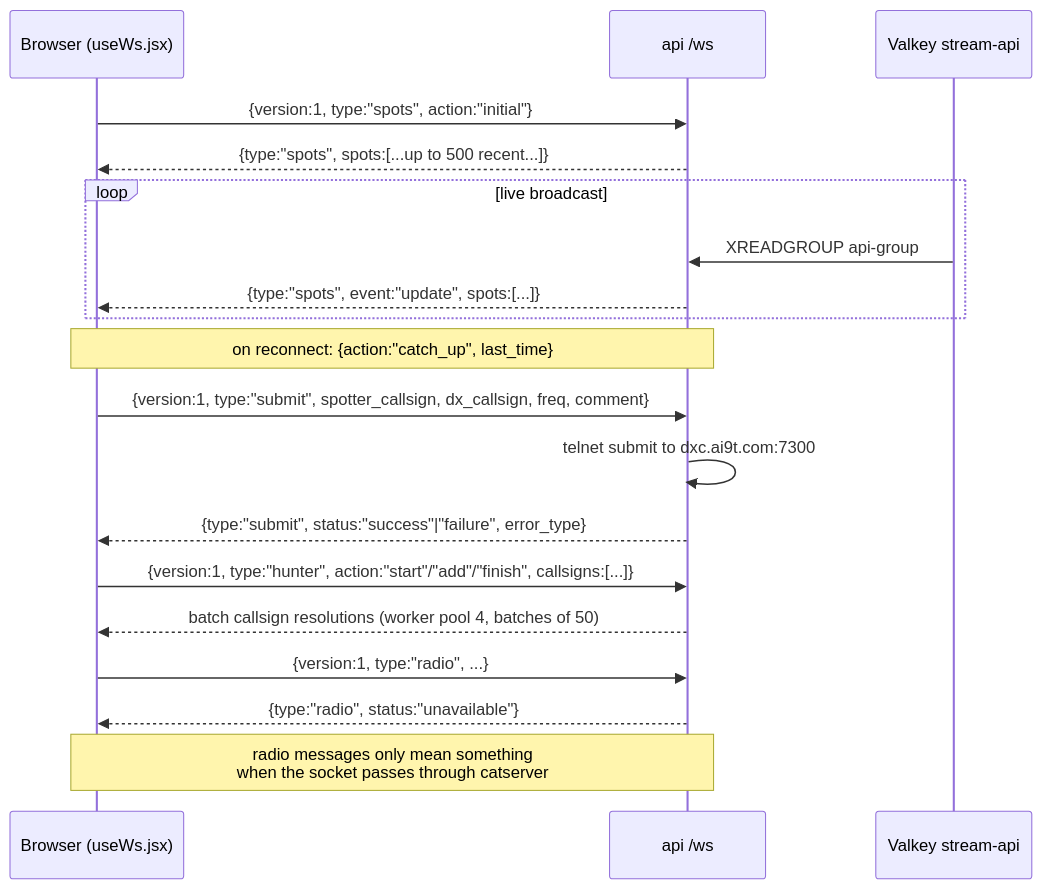
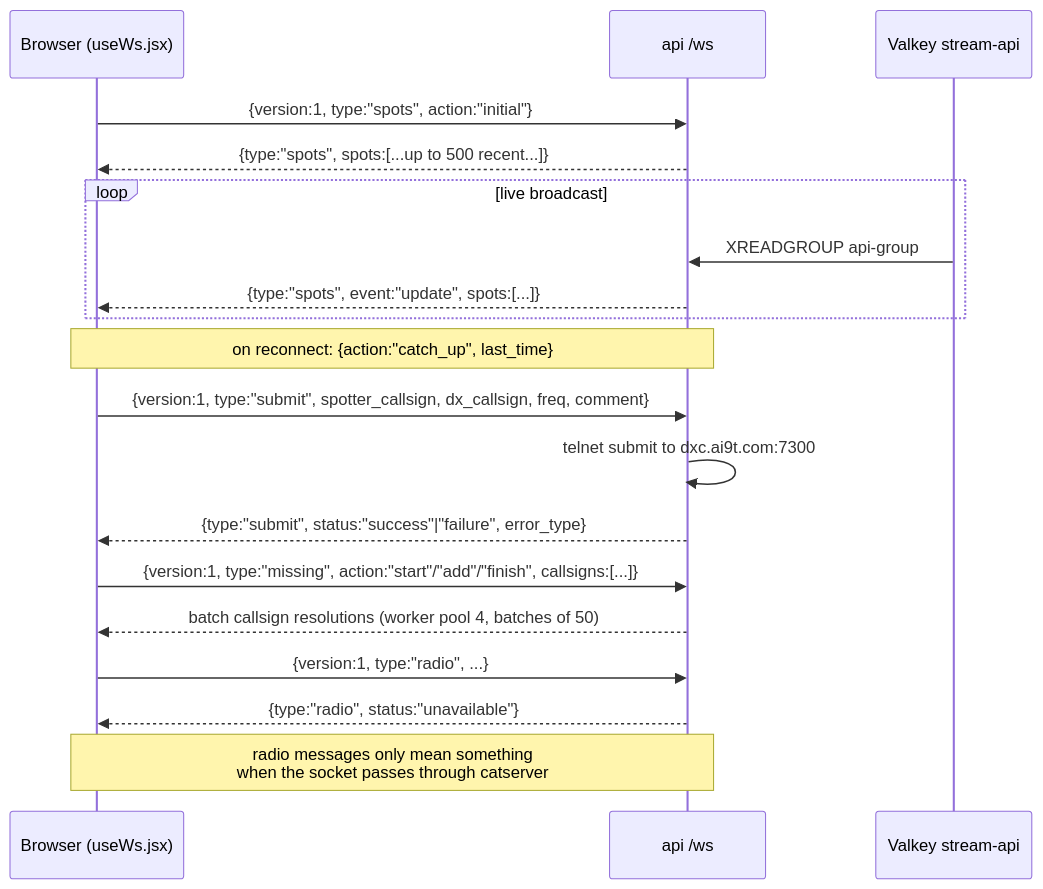
One commit to iarc-il/HolyCluster changed the fifth of 15 diagrams in docs/ARCHITECTURE.md. Above: the diagram before and after it, drawn with Mermaid. The commit also changed other lines of this file and 30 other files, not shown here.

Commit message:
Finish renaming Hunter to Missing

````diff
--- a/docs/ARCHITECTURE.md
+++ b/docs/ARCHITECTURE.md
@@ -348,25 +348,25 @@
 ```mermaid
 sequenceDiagram
     participant B as Browser (useWs.jsx)
     participant A as api /ws
     participant S as Valkey stream-api
 
     B->>A: {version:1, type:"spots", action:"initial"}
     A-->>B: {type:"spots", spots:[...up to 500 recent...]}
     loop live broadcast
         S->>A: XREADGROUP api-group
         A-->>B: {type:"spots", event:"update", spots:[...]}
     end
     Note over B,A: on reconnect: {action:"catch_up", last_time}
 
     B->>A: {version:1, type:"submit", spotter_callsign, dx_callsign, freq, comment}
     A->>A: telnet submit to dxc.ai9t.com:7300
     A-->>B: {type:"submit", status:"success"|"failure", error_type}
 
-    B->>A: {version:1, type:"hunter", action:"start"/"add"/"finish", callsigns:[...]}
+    B->>A: {version:1, type:"missing", action:"start"/"add"/"finish", callsigns:[...]}
     A-->>B: batch callsign resolutions (worker pool 4, batches of 50)
 
     B->>A: {version:1, type:"radio", ...}
     A-->>B: {type:"radio", status:"unavailable"}
     Note over B,A: radio messages only mean something<br/>when the socket passes through catserver
 ```
````
